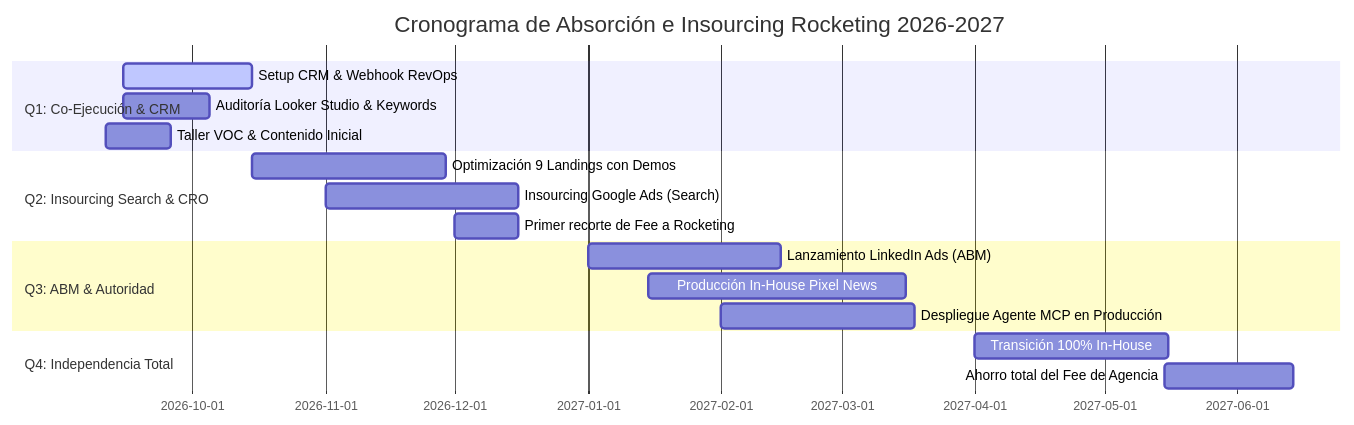
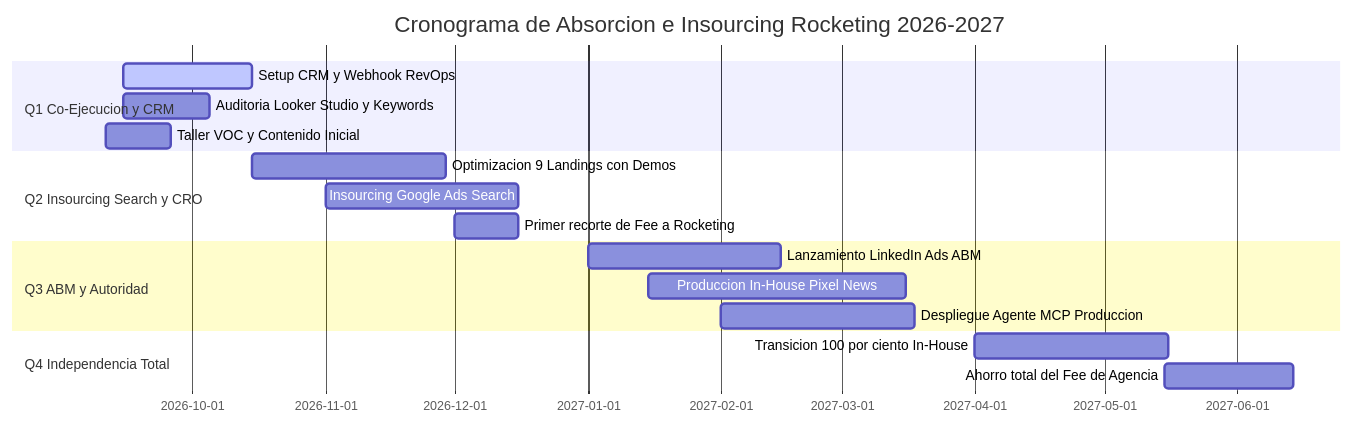
Before and after one commit to jahflavio/bluepixel: the third of 3 diagrams in 02_Estrategia_B2B/ESTRATEGIA_MAESTRA_BLUEPIXEL_2026.md, drawn with Mermaid. The commit also changed other lines of this file and 2 other files, not shown here.

Commit message:
fix(docs): fix mermaid syntax across strategy markdown and add VISOR_GRAFICO_ESTRATEGIA_2026.html

````diff
--- a/02_Estrategia_B2B/ESTRATEGIA_MAESTRA_BLUEPIXEL_2026.md
+++ b/02_Estrategia_B2B/ESTRATEGIA_MAESTRA_BLUEPIXEL_2026.md
@@ -229,20 +229,20 @@
 ```mermaid
 gantt
-    title Cronograma de Absorción e Insourcing Rocketing 2026-2027
-    dateFormat  YYYY-MM-DD
-    section Q1: Co-Ejecución & CRM
-    Setup CRM & Webhook RevOps         :active, 2026-09-15, 30d
-    Auditoría Looker Studio & Keywords :2026-09-15, 20d
-    Taller VOC & Contenido Inicial     :2026-09-11, 15d
-    section Q2: Insourcing Search & CRO
-    Optimización 9 Landings con Demos  :2026-10-15, 45d
-    Insourcing Google Ads (Search)     :2026-11-01, 45d
+    title Cronograma de Absorcion e Insourcing Rocketing 2026-2027
+    dateFormat YYYY-MM-DD
+    section Q1 Co-Ejecucion y CRM
+    Setup CRM y Webhook RevOps         :active, 2026-09-15, 30d
+    Auditoria Looker Studio y Keywords :2026-09-15, 20d
+    Taller VOC y Contenido Inicial     :2026-09-11, 15d
+    section Q2 Insourcing Search y CRO
+    Optimizacion 9 Landings con Demos  :2026-10-15, 45d
+    Insourcing Google Ads Search       :2026-11-01, 45d
     Primer recorte de Fee a Rocketing  :2026-12-01, 15d
-    section Q3: ABM & Autoridad
-    Lanzamiento LinkedIn Ads (ABM)     :2027-01-01, 45d
-    Producción In-House Pixel News     :2027-01-15, 60d
-    Despliegue Agente MCP en Producción:2027-02-01, 45d
-    section Q4: Independencia Total
-    Transición 100% In-House           :2027-04-01, 45d
+    section Q3 ABM y Autoridad
+    Lanzamiento LinkedIn Ads ABM       :2027-01-01, 45d
+    Produccion In-House Pixel News     :2027-01-15, 60d
+    Despliegue Agente MCP Produccion   :2027-02-01, 45d
+    section Q4 Independencia Total
+    Transicion 100 por ciento In-House :2027-04-01, 45d
     Ahorro total del Fee de Agencia    :2027-05-15, 30d
 ```
````
